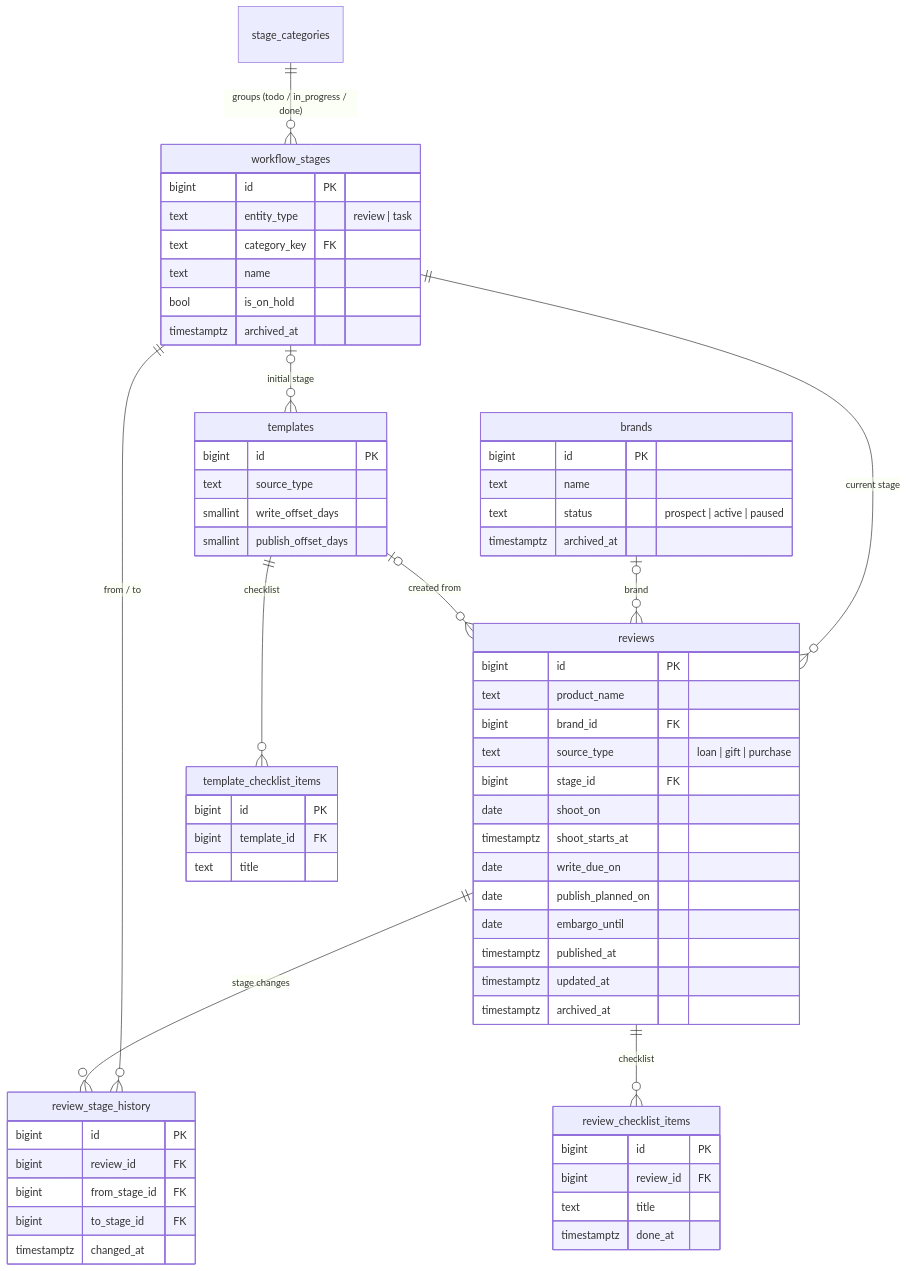
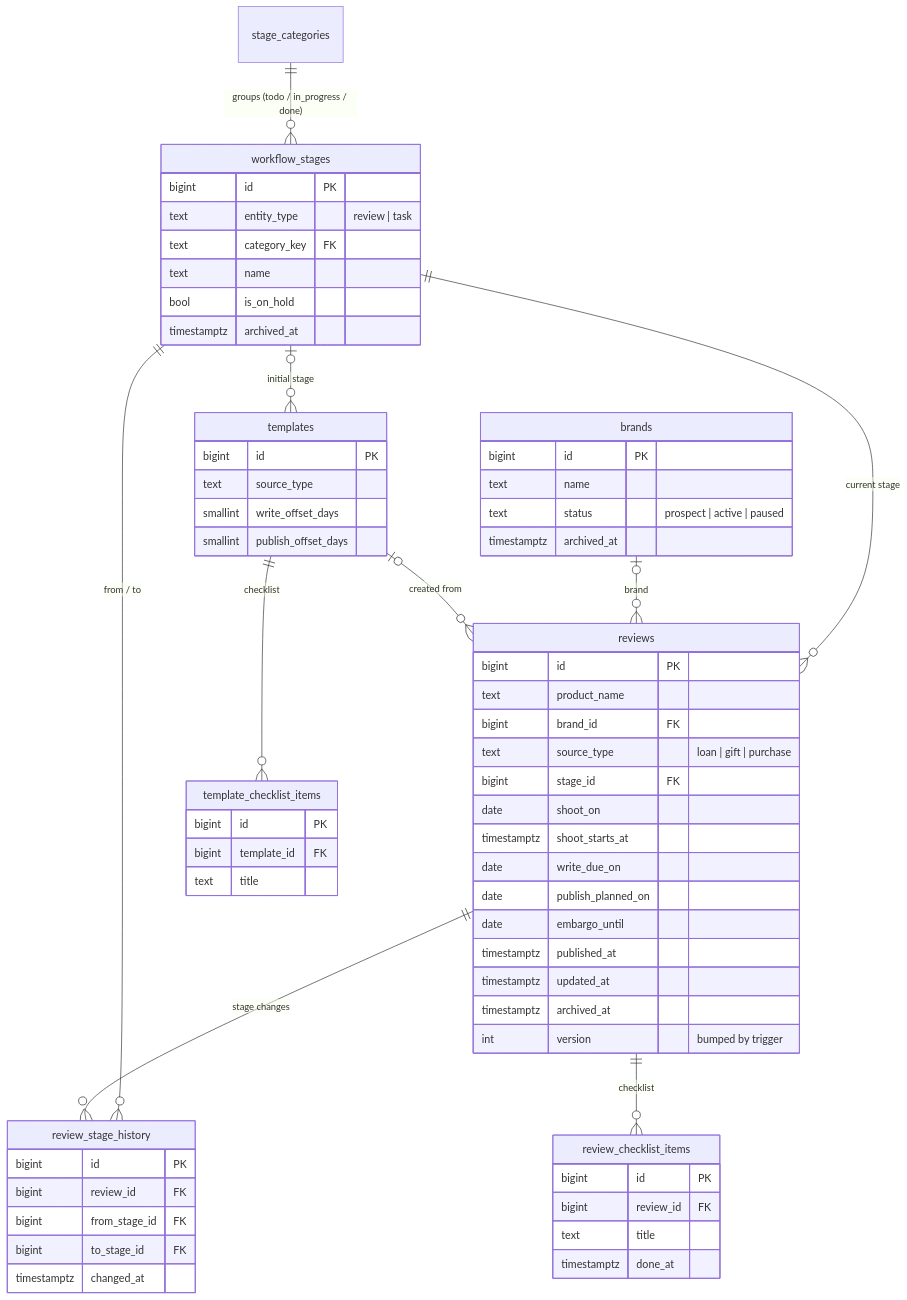
The second of 2 diagrams in README.md (lubydubybubu/review-ops-dashboard), drawn with Mermaid before and after one commit. The commit also changed other lines of this file and 15 other files, not shown here.

````diff
--- a/README.md
+++ b/README.md
@@ -88,66 +89,67 @@
 ```mermaid
 erDiagram
   stage_categories ||--o{ workflow_stages : "groups (todo / in_progress / done)"
   workflow_stages ||--o{ reviews : "current stage"
   workflow_stages ||--o{ review_stage_history : "from / to"
   workflow_stages |o--o{ templates : "initial stage"
   brands |o--o{ reviews : "brand"
   templates ||--o{ template_checklist_items : "checklist"
   templates |o--o{ reviews : "created from"
   reviews ||--o{ review_stage_history : "stage changes"
   reviews ||--o{ review_checklist_items : "checklist"
 
   workflow_stages {
     bigint id PK
     text entity_type "review | task"
     text category_key FK
     text name
     bool is_on_hold
     timestamptz archived_at
   }
   brands {
     bigint id PK
     text name
     text status "prospect | active | paused"
     timestamptz archived_at
   }
   reviews {
     bigint id PK
     text product_name
     bigint brand_id FK
     text source_type "loan | gift | purchase"
     bigint stage_id FK
     date shoot_on
     timestamptz shoot_starts_at
     date write_due_on
     date publish_planned_on
     date embargo_until
     timestamptz published_at
     timestamptz updated_at
     timestamptz archived_at
+    int version "bumped by trigger"
   }
   review_stage_history {
     bigint id PK
     bigint review_id FK
     bigint from_stage_id FK
     bigint to_stage_id FK
     timestamptz changed_at
   }
   review_checklist_items {
     bigint id PK
     bigint review_id FK
     text title
     timestamptz done_at
   }
   templates {
     bigint id PK
     text source_type
     smallint write_offset_days
     smallint publish_offset_days
   }
   template_checklist_items {
     bigint id PK
     bigint template_id FK
     text title
   }
 ```
````
